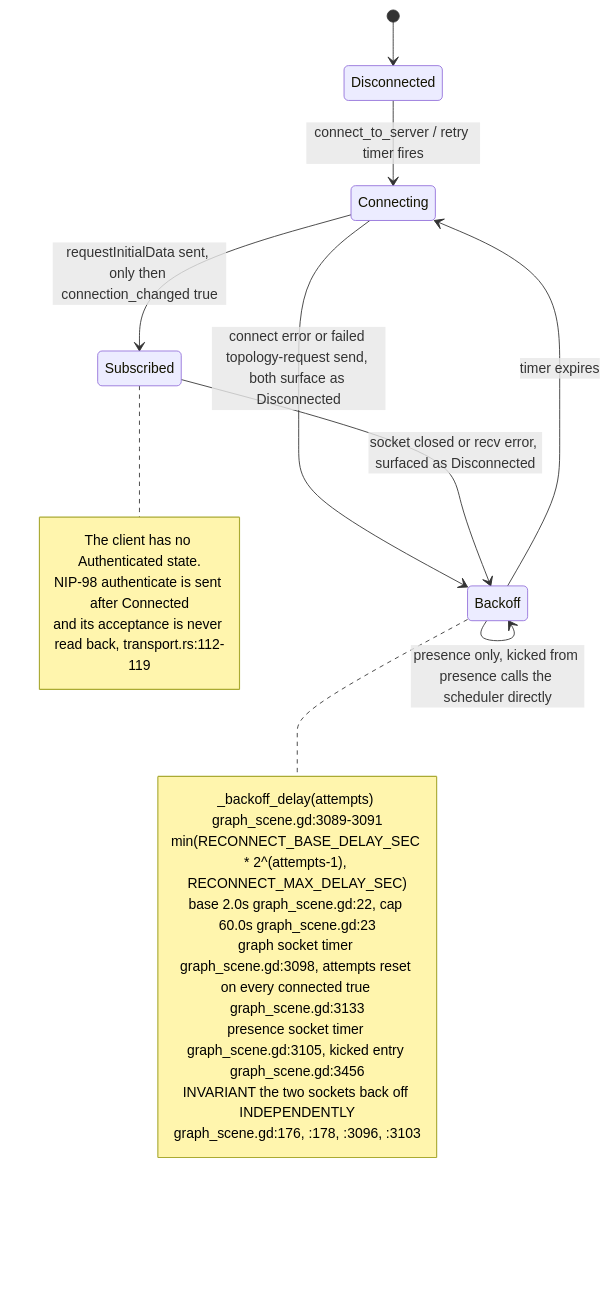
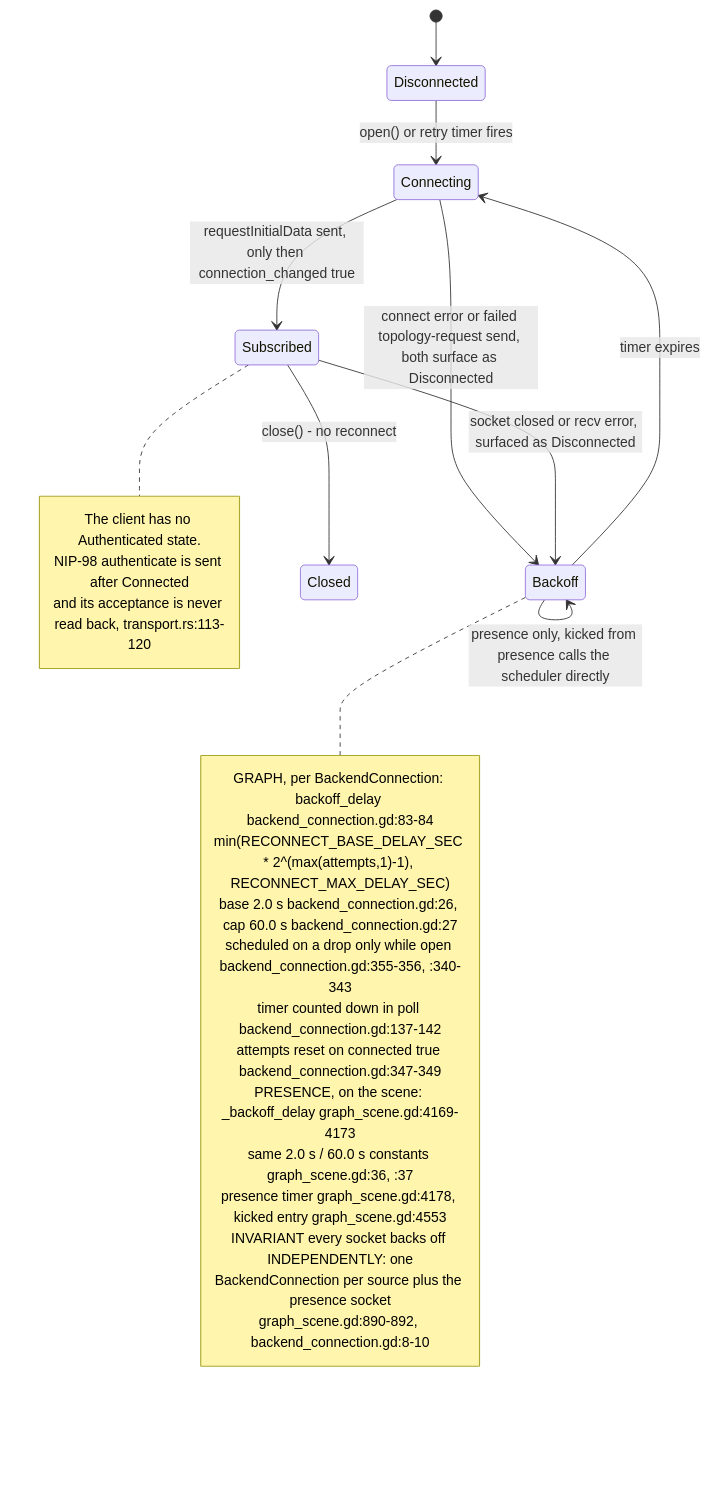
One commit to DreamLab-AI/VisionFlow changed the fourth of 27 diagrams in docs/diagrams/visionclaw/36-godot-xr-client.md. Above: the diagram before and after it, drawn with Mermaid. The commit also changed other lines of this file and 173 other files, not shown here.

````diff
--- a/docs/diagrams/visionclaw/36-godot-xr-client.md
+++ b/docs/diagrams/visionclaw/36-godot-xr-client.md
@@ -254,24 +263,30 @@
 ```mermaid
 stateDiagram-v2
     [*] --> Disconnected
-    Disconnected --> Connecting: connect_to_server / retry timer fires
+    Disconnected --> Connecting: open() or retry timer fires
     Connecting --> Backoff: connect error or failed topology-request send, both surface as Disconnected
     Connecting --> Subscribed: requestInitialData sent, only then connection_changed true
     Subscribed --> Backoff: socket closed or recv error, surfaced as Disconnected
     Backoff --> Connecting: timer expires
     Backoff --> Backoff: presence only, kicked from presence calls the scheduler directly
+    Subscribed --> Closed: close() - no reconnect
     note right of Subscribed
         The client has no Authenticated state.
         NIP-98 authenticate is sent after Connected
-        and its acceptance is never read back, transport.rs:112-119
+        and its acceptance is never read back, transport.rs:113-120
     end note
     note right of Backoff
-        _backoff_delay(attempts) graph_scene.gd:3089-3091
-        min(RECONNECT_BASE_DELAY_SEC * 2^(attempts-1), RECONNECT_MAX_DELAY_SEC)
-        base 2.0s graph_scene.gd:22, cap 60.0s graph_scene.gd:23
-        graph socket timer graph_scene.gd:3098, attempts reset on every connected true graph_scene.gd:3133
-        presence socket timer graph_scene.gd:3105, kicked entry graph_scene.gd:3456
-        INVARIANT the two sockets back off INDEPENDENTLY
-        graph_scene.gd:176, :178, :3096, :3103
+        GRAPH, per BackendConnection: backoff_delay backend_connection.gd:83-84
+        min(RECONNECT_BASE_DELAY_SEC * 2^(max(attempts,1)-1), RECONNECT_MAX_DELAY_SEC)
+        base 2.0 s backend_connection.gd:26, cap 60.0 s backend_connection.gd:27
+        scheduled on a drop only while open backend_connection.gd:355-356, :340-343
+        timer counted down in poll backend_connection.gd:137-142
+        attempts reset on connected true backend_connection.gd:347-349
+        PRESENCE, on the scene: _backoff_delay graph_scene.gd:4169-4173
+        same 2.0 s / 60.0 s constants graph_scene.gd:36, :37
+        presence timer graph_scene.gd:4178, kicked entry graph_scene.gd:4553
+        INVARIANT every socket backs off INDEPENDENTLY: one
+        BackendConnection per source plus the presence socket
+        graph_scene.gd:890-892, backend_connection.gd:8-10
     end note
 ```
````
